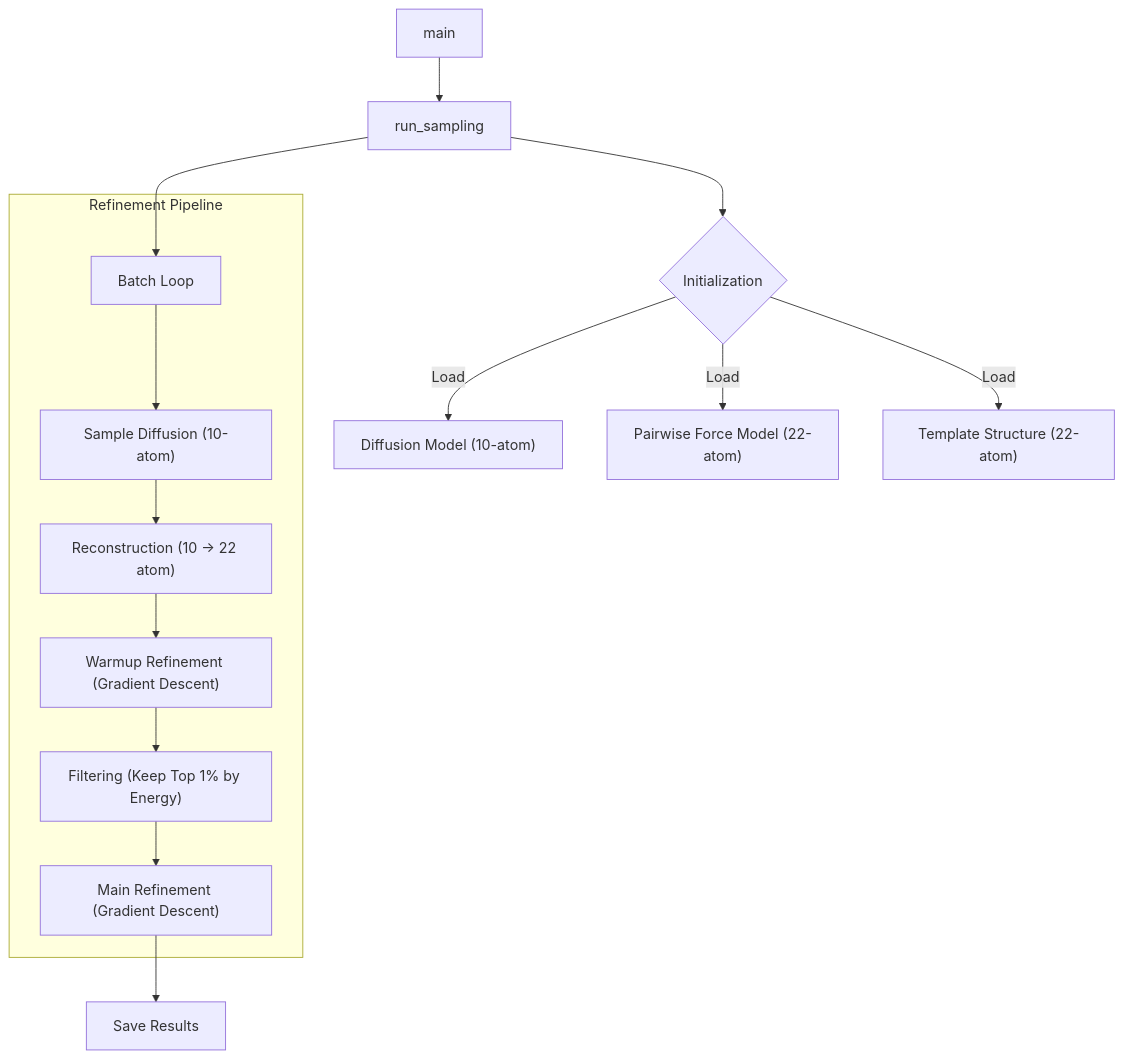
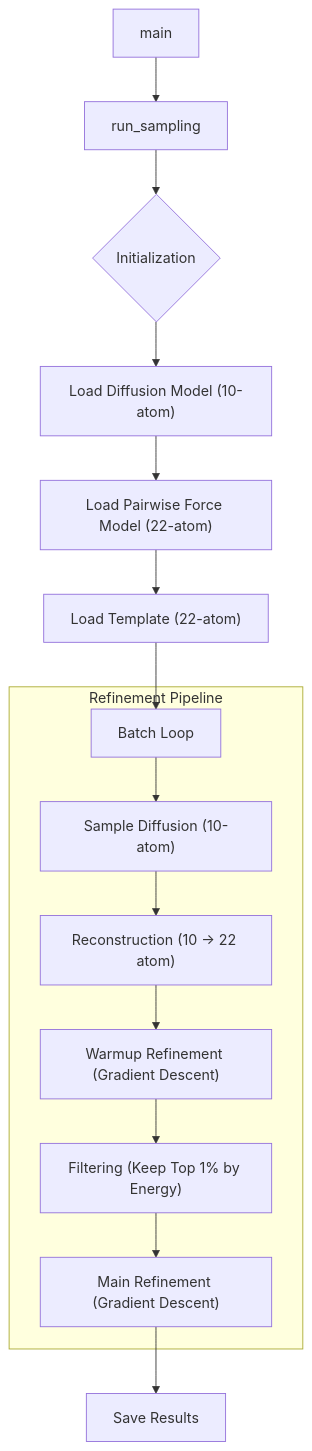
Before and after one commit to Sritay/metastategen-diffusion: the diagram in docs/developers_refinement.md, drawn with Mermaid.

Commit message:
Docs: Serialize initialization steps in Refinement flowchart

````diff
--- a/docs/developers_refinement.md
+++ b/docs/developers_refinement.md
@@ -16,18 +16,18 @@
 ```mermaid
 graph TD
     A[main] --> B[run_sampling]
     B --> C{Initialization}
-    C -->|Load| D["Diffusion Model (10-atom)"]
-    C -->|Load| E["Pairwise Force Model (22-atom)"]
-    C -->|Load| F["Template Structure (22-atom)"]
+    C --> D["Load Diffusion Model (10-atom)"]
+    D --> E["Load Pairwise Force Model (22-atom)"]
+    E --> F["Load Template (22-atom)"]
     
-    B --> G[Batch Loop]
+    F --> G[Batch Loop]
     subgraph Refinement Pipeline
         G --> H["Sample Diffusion (10-atom)"]
         H --> I["Reconstruction (10 -> 22 atom)"]
         I --> J["Warmup Refinement (Gradient Descent)"]
         J --> K["Filtering (Keep Top 1% by Energy)"]
         K --> L["Main Refinement (Gradient Descent)"]
     end
     L --> M[Save Results]
 ```
````
